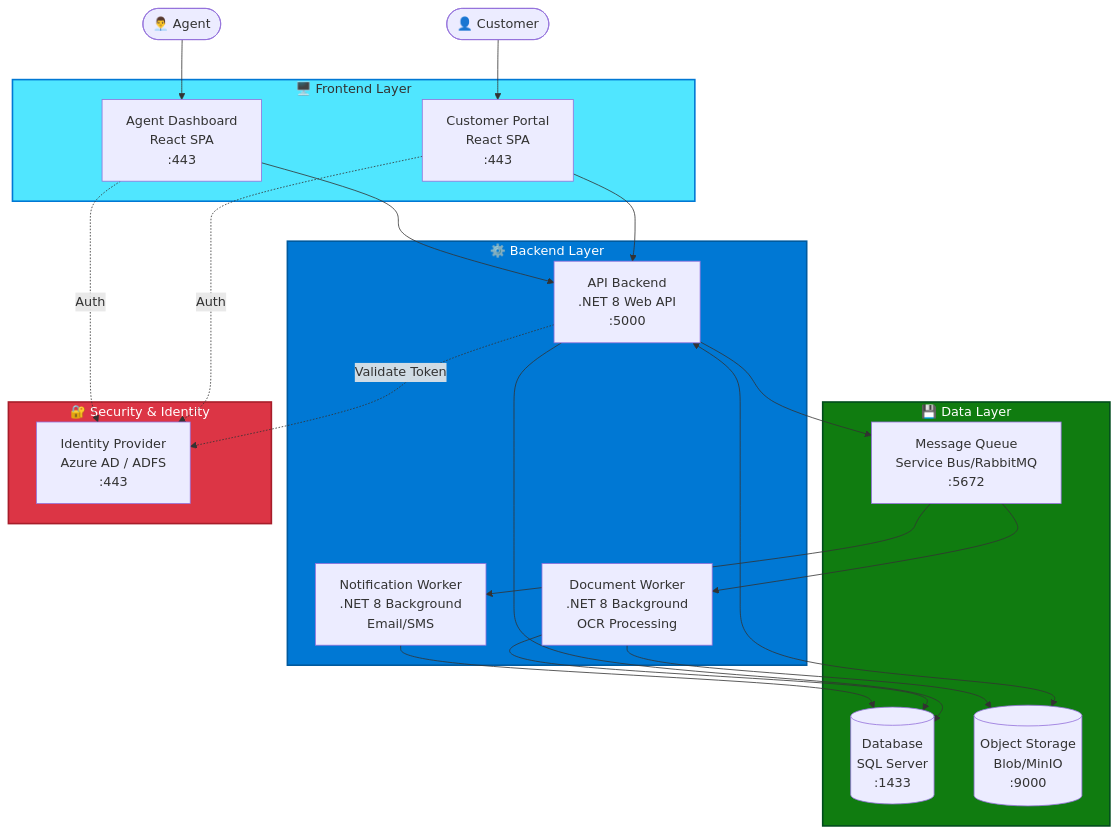
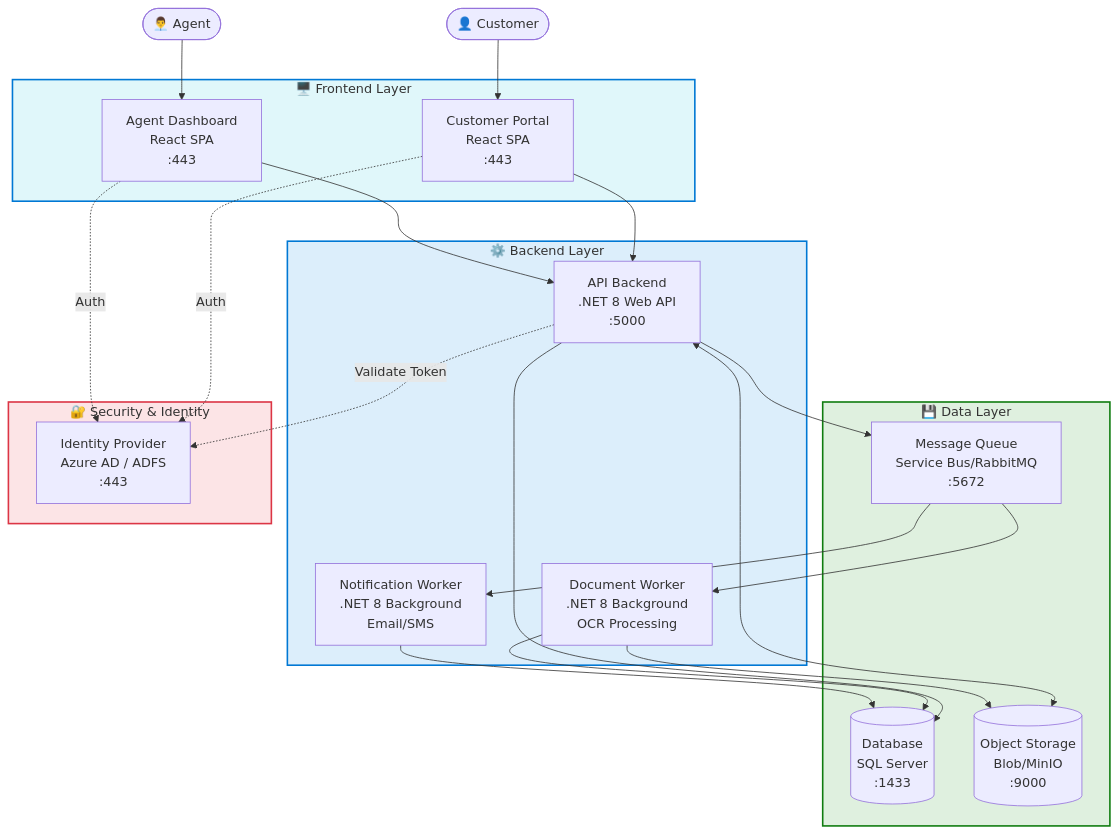
Before and after one commit to EmeaAppGbb/AzureHybridContinuumCookBook: the first of 2 diagrams in docs/07-reference-scenario/01-application-overview.md, drawn with Mermaid. The commit also changed 28 other files, not shown here.

First line of the commit message:
Fix Mermaid diagram readability: use light pastel subgraph backgrounds

````diff
--- a/docs/07-reference-scenario/01-application-overview.md
+++ b/docs/07-reference-scenario/01-application-overview.md
@@ -183,50 +183,50 @@
 ```mermaid
 graph TB
     Customer([👤 Customer])
     Agent([👨‍💼 Agent])
     
     subgraph Frontend["🖥️ Frontend Layer"]
         Portal[Customer Portal<br/>React SPA<br/>:443]
         Dashboard[Agent Dashboard<br/>React SPA<br/>:443]
     end
     
     subgraph Backend["⚙️ Backend Layer"]
         API[API Backend<br/>.NET 8 Web API<br/>:5000]
         DocWorker[Document Worker<br/>.NET 8 Background<br/>OCR Processing]
         NotifyWorker[Notification Worker<br/>.NET 8 Background<br/>Email/SMS]
     end
     
     subgraph Data["💾 Data Layer"]
         DB[(Database<br/>SQL Server<br/>:1433)]
         Storage[(Object Storage<br/>Blob/MinIO<br/>:9000)]
         Queue[Message Queue<br/>Service Bus/RabbitMQ<br/>:5672]
     end
     
     subgraph Security["🔐 Security & Identity"]
         IdP[Identity Provider<br/>Azure AD / ADFS<br/>:443]
     end
     
     Customer --> Portal
     Agent --> Dashboard
     Portal --> API
     Dashboard --> API
     
     API --> DB
     API <--> Storage
     API --> Queue
     
     Queue --> DocWorker
     Queue --> NotifyWorker
     DocWorker --> DB
     DocWorker --> Storage
     NotifyWorker --> DB
     
     Portal -.->|Auth| IdP
     Dashboard -.->|Auth| IdP
     API -.->|Validate Token| IdP
     
-    style Frontend fill:#50e6ff,stroke:#0078d4,stroke-width:2px
-    style Backend fill:#0078d4,stroke:#005a9e,stroke-width:2px,color:#fff
-    style Data fill:#107c10,stroke:#004b1c,stroke-width:2px,color:#fff
-    style Security fill:#dc3545,stroke:#a71d2a,stroke-width:2px,color:#fff
+    style Frontend fill:#e0f7fa,stroke:#0078d4,stroke-width:2px
+    style Backend fill:#dceefb,stroke:#0078d4,stroke-width:2px
+    style Data fill:#dff0df,stroke:#107c10,stroke-width:2px
+    style Security fill:#fce4e6,stroke:#dc3545,stroke-width:2px
 ```
````
